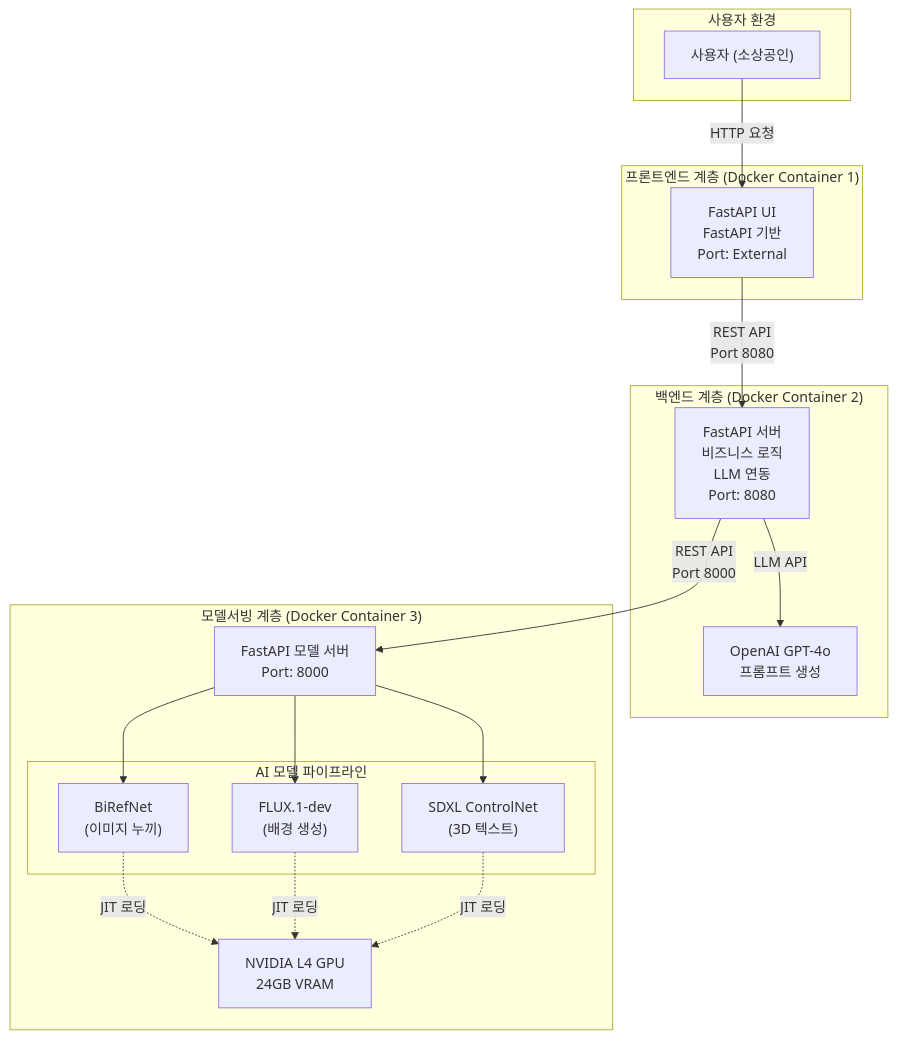
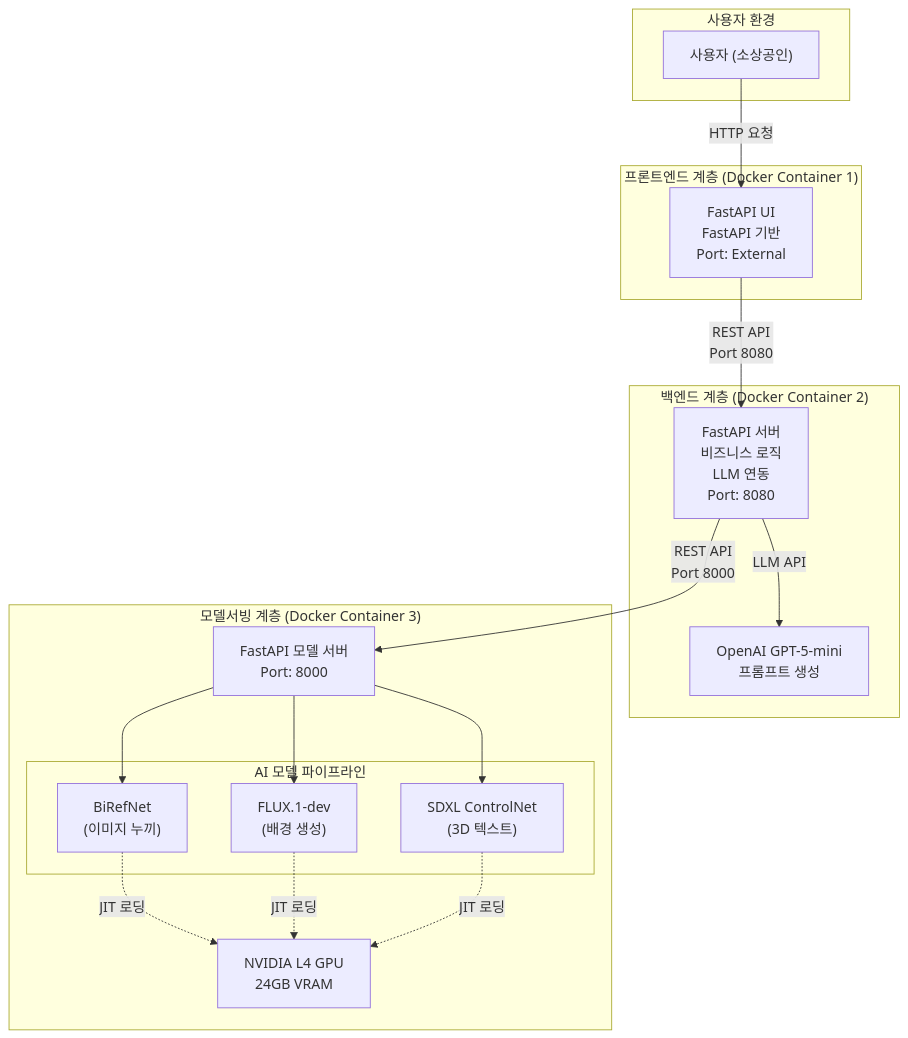
One commit to krapnuyij/codeit-ai-3team-ad-content changed the second of 3 diagrams in docs/index.md. Above: the diagram before and after it, drawn with Mermaid. The commit also changed other lines of this file and 3 other files, not shown here.

Commit message:
GPT-5-mini

````diff
--- a/docs/index.md
+++ b/docs/index.md
@@ -81,51 +81,51 @@
 ```mermaid
 graph TB
     subgraph "사용자 환경"
         User["사용자 (소상공인)"]
     end
 
     subgraph "프론트엔드 계층 (Docker Container 1)"
         Frontend["FastAPI UI
 FastAPI 기반
 Port: External"]
     end
 
     subgraph "백엔드 계층 (Docker Container 2)"
         Backend["FastAPI 서버
 비즈니스 로직
 LLM 연동
 Port: 8080"]
-        LLM["OpenAI GPT-4o
+        LLM["OpenAI GPT-5-mini
 프롬프트 생성"]
     end
 
     subgraph "모델서빙 계층 (Docker Container 3)"
         ModelServer["FastAPI 모델 서버
 Port: 8000"]
 
         subgraph "AI 모델 파이프라인"
             BiRefNet["BiRefNet
 (이미지 누끼)"]
             FLUX["FLUX.1-dev
 (배경 생성)"]
             SDXL["SDXL ControlNet
 (3D 텍스트)"]
         end
 
         GPU["NVIDIA L4 GPU
 24GB VRAM"]
     end
 
     User -->|HTTP 요청| Frontend
     Frontend -->|"REST API
 Port 8080"| Backend
     Backend -->|LLM API| LLM
     Backend -->|"REST API
 Port 8000"| ModelServer
     ModelServer --> BiRefNet
     ModelServer --> FLUX
     ModelServer --> SDXL
     BiRefNet -.->|JIT 로딩| GPU
     FLUX -.->|JIT 로딩| GPU
     SDXL -.->|JIT 로딩| GPU
 ```
````
